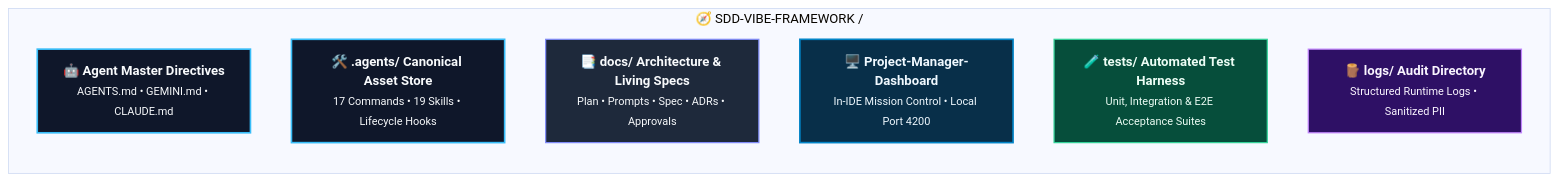
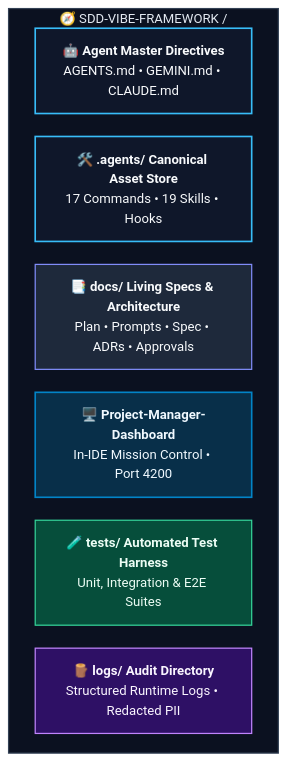
Before and after one commit to ChandanAY-24/Agentic-Development-ChandanAY: the third of 3 diagrams in SDD-Vibe-Framework/README.md, drawn with Mermaid (base theme). The commit also changed other lines of this file and 13 other files, not shown here.

Commit message:
docs: polish Mermaid diagrams across READMEs and guides

````diff
--- a/SDD-Vibe-Framework/README.md
+++ b/SDD-Vibe-Framework/README.md
@@ -171,17 +196,27 @@
 ```mermaid
+%%{init: {'flowchart': {'curve': 'basis', 'padding': 16, 'nodeSpacing': 28, 'rankSpacing': 40}}}%%
 flowchart LR
     classDef agent fill:#0f172a,stroke:#38bdf8,stroke-width:2px,color:#f8fafc;
     classDef doc fill:#1e293b,stroke:#818cf8,stroke-width:1.5px,color:#f8fafc;
     classDef dash fill:#082f49,stroke:#0284c7,stroke-width:2px,color:#f0f9ff;
     classDef test fill:#064e3b,stroke:#34d399,stroke-width:1.5px,color:#ecfdf5;
     classDef log fill:#2e1065,stroke:#c084fc,stroke-width:1.5px,color:#faf5ff;
 
     subgraph RepoRoot ["🧭 SDD-VIBE-FRAMEWORK /"]
-        AGENTS["<b>🤖 Agent Master Directives</b><br/><small>AGENTS.md • GEMINI.md • CLAUDE.md</small>"]:::agent
-        AgentsDir["<b>🛠️ .agents/ Canonical Asset Store</b><br/><small>17 Commands • 19 Skills • Lifecycle Hooks</small>"]:::agent
-        DocsDir["<b>📑 docs/ Architecture & Living Specs</b><br/><small>Plan • Prompts • Spec • ADRs • Approvals</small>"]:::doc
-        DashboardDir["<b>🖥️ Project-Manager-Dashboard</b><br/><small>In-IDE Mission Control • Local Port 4200</small>"]:::dash
-        TestsDir["<b>🧪 tests/ Automated Test Harness</b><br/><small>Unit, Integration & E2E Acceptance Suites</small>"]:::test
-        LogsDir["<b>🪵 logs/ Audit Directory</b><br/><small>Structured Runtime Logs • Sanitized PII</small>"]:::log
+        direction LR
+        AGENTS["`**🤖 Agent Master Directives**
+AGENTS.md • GEMINI.md • CLAUDE.md`"]:::agent
+        AgentsDir["`**🛠️ .agents/ Canonical Asset Store**
+17 Commands • 19 Skills • Hooks`"]:::agent
+        DocsDir["`**📑 docs/ Living Specs & Architecture**
+Plan • Prompts • Spec • ADRs • Approvals`"]:::doc
+        DashboardDir["`**🖥️ Project-Manager-Dashboard**
+In-IDE Mission Control • Port 4200`"]:::dash
+        TestsDir["`**🧪 tests/ Automated Test Harness**
+Unit, Integration & E2E Suites`"]:::test
+        LogsDir["`**🪵 logs/ Audit Directory**
+Structured Runtime Logs • Redacted PII`"]:::log
     end
+
+    style RepoRoot fill:#0b1120,stroke:#334155,stroke-width:1.5px,color:#e2e8f0
 ```
````
